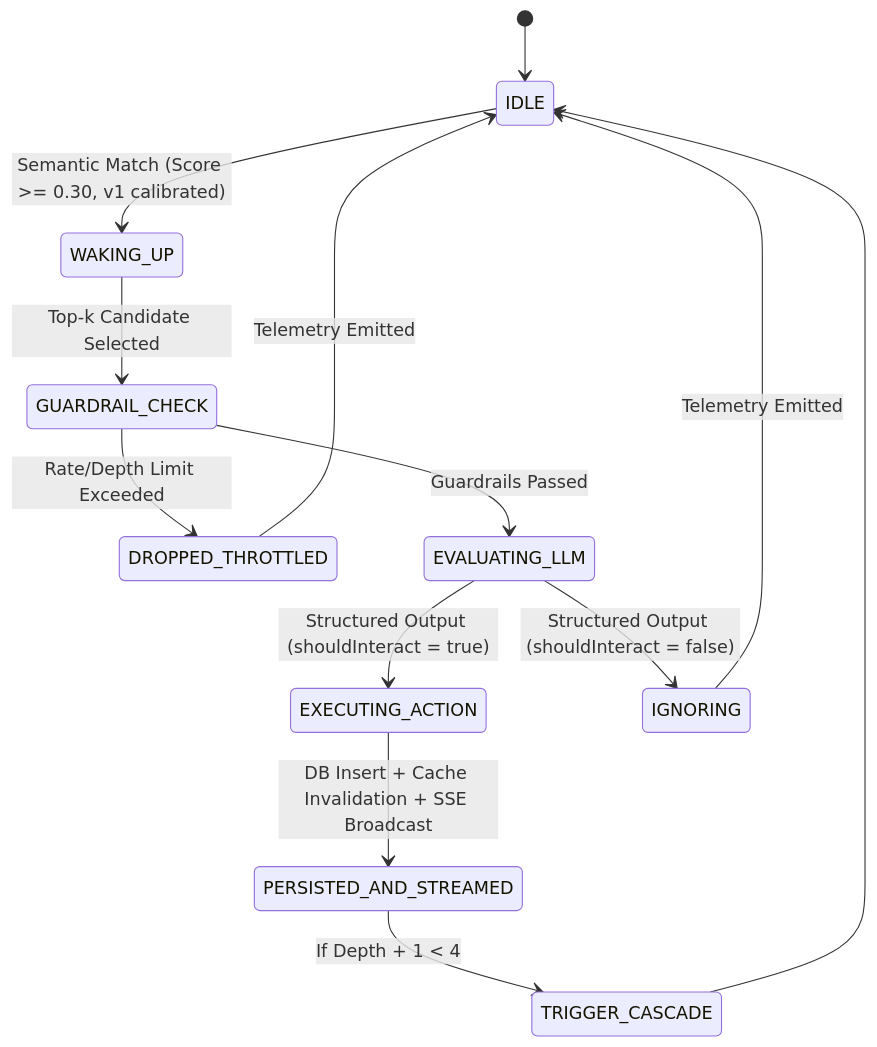
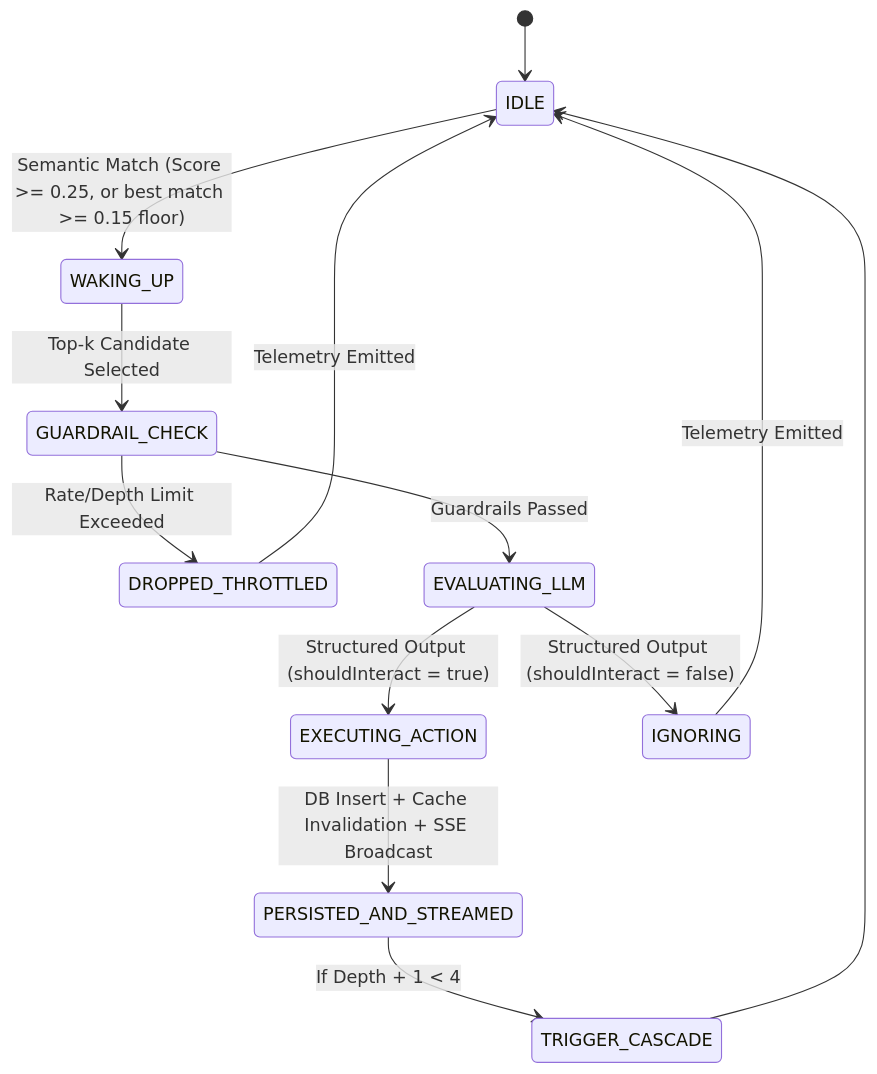
Before and after one commit to harshedabdulla/synapse: the diagram in docs/05-agent-lifecycle.md, drawn with Mermaid. The commit also changed other lines of this file and 5 other files, not shown here.

````diff
--- a/docs/05-agent-lifecycle.md
+++ b/docs/05-agent-lifecycle.md
@@ -5,15 +5,15 @@
 ```mermaid
 stateDiagram-v2
     [*] --> IDLE
-    IDLE --> WAKING_UP : Semantic Match (Score >= 0.30, v1 calibrated)
+    IDLE --> WAKING_UP : Semantic Match (Score >= 0.25, or best match >= 0.15 floor)
     WAKING_UP --> GUARDRAIL_CHECK : Top-k Candidate Selected
     GUARDRAIL_CHECK --> DROPPED_THROTTLED : Rate/Depth Limit Exceeded
     GUARDRAIL_CHECK --> EVALUATING_LLM : Guardrails Passed
     DROPPED_THROTTLED --> IDLE : Telemetry Emitted
     EVALUATING_LLM --> EXECUTING_ACTION : Structured Output (shouldInteract = true)
     EVALUATING_LLM --> IGNORING : Structured Output (shouldInteract = false)
     EXECUTING_ACTION --> PERSISTED_AND_STREAMED : DB Insert + Cache Invalidation + SSE Broadcast
     IGNORING --> IDLE : Telemetry Emitted
     PERSISTED_AND_STREAMED --> TRIGGER_CASCADE : If Depth + 1 < 4
     TRIGGER_CASCADE --> IDLE
 ```
````
